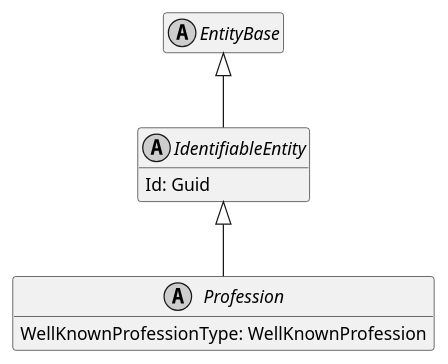
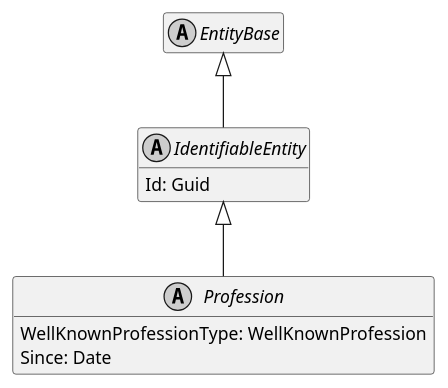
Before and after one commit to ObiWanLansi/DoofesZeug: the diagram in Documentation/Generated/Models/DoofesZeug.Models.Human.Professions/Profession.puml, drawn with PlantUML. The commit also changed 73 other files, not shown here.

```diff
--- a/Documentation/Generated/Models/DoofesZeug.Models.Human.Professions/Profession.puml
+++ b/Documentation/Generated/Models/DoofesZeug.Models.Human.Professions/Profession.puml
@@ -1,20 +1,21 @@
 @startuml
 skinparam monochrome true
 hide empty members
 
 abstract class EntityBase {
 }
 
 EntityBase <|-- IdentifiableEntity
 
 abstract class IdentifiableEntity {
     Id: Guid
 }
 
 IdentifiableEntity <|-- Profession
 
 abstract class Profession {
     WellKnownProfessionType: WellKnownProfession
+    Since: Date
 }
 
 @enduml
```
